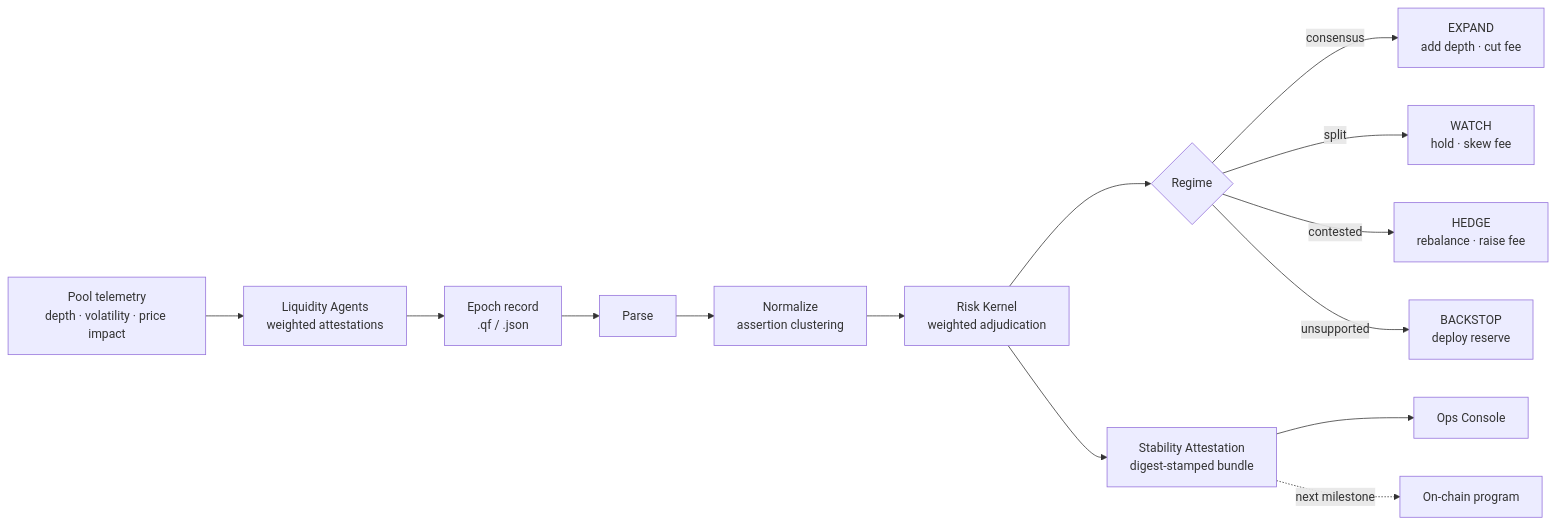
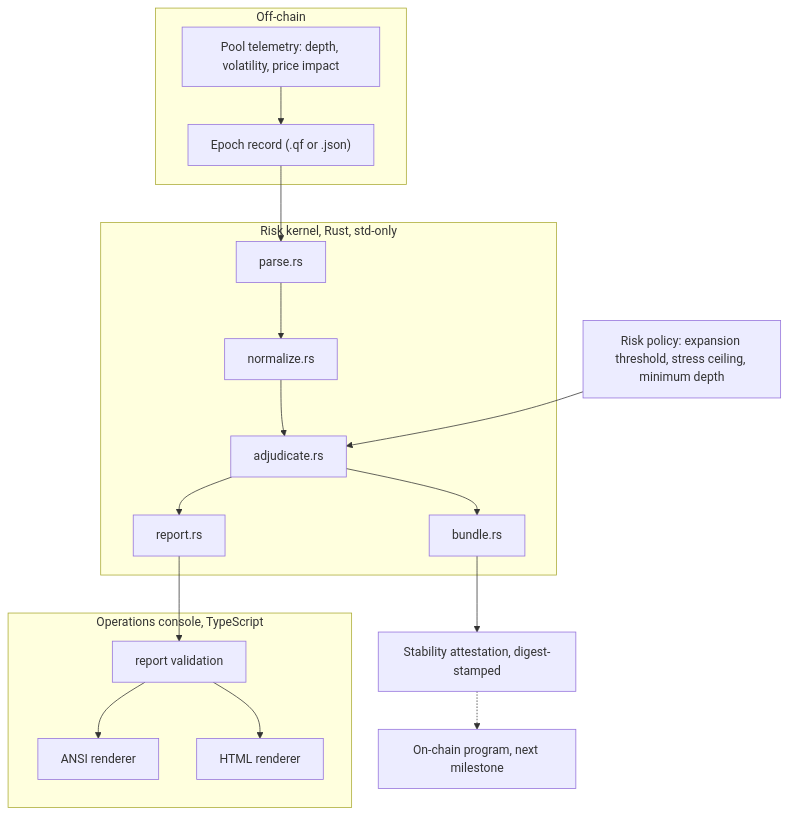
One commit to cioffivictor/solana-ssp-protocol changed the first of 7 diagrams in README.md. Above: the diagram before and after it, drawn with Mermaid. The commit also changed other lines of this file, not shown here.

````diff
--- a/README.md
+++ b/README.md
@@ -56,16 +65,30 @@
 ```mermaid
-flowchart LR
-    T["Pool telemetry<br/>depth · volatility · price impact"] --> A["Liquidity Agents<br/>weighted attestations"]
-    A --> E["Epoch record<br/>.qf / .json"]
-    E --> P["Parse"]
-    P --> N["Normalize<br/>assertion clustering"]
-    N --> K["Risk Kernel<br/>weighted adjudication"]
-    K --> R{"Regime"}
-    R -->|consensus| X["EXPAND<br/>add depth · cut fee"]
-    R -->|split| W["WATCH<br/>hold · skew fee"]
-    R -->|contested| H["HEDGE<br/>rebalance · raise fee"]
-    R -->|unsupported| B["BACKSTOP<br/>deploy reserve"]
-    K --> S["Stability Attestation<br/>digest-stamped bundle"]
-    S --> C["Ops Console"]
-    S -.->|next milestone| O["On-chain program"]
+flowchart TB
+    subgraph oc["Off-chain"]
+        TEL["Pool telemetry: depth, volatility, price impact"]
+        REC["Epoch record (.qf or .json)"]
+        TEL --> REC
+    end
+
+    subgraph kern["Risk kernel, Rust, std-only"]
+        PAR["parse.rs"] --> NRM["normalize.rs"]
+        NRM --> ADJ["adjudicate.rs"]
+        ADJ --> BND["bundle.rs"]
+        ADJ --> RPT["report.rs"]
+    end
+
+    subgraph con["Operations console, TypeScript"]
+        VAL["report validation"] --> RAN["ANSI renderer"]
+        VAL --> RHT["HTML renderer"]
+    end
+
+    POL["Risk policy: expansion threshold, stress ceiling, minimum depth"]
+    AT["Stability attestation, digest-stamped"]
+    CHAIN["On-chain program, next milestone"]
+
+    REC --> PAR
+    POL --> ADJ
+    BND --> AT
+    RPT --> VAL
+    AT -.-> CHAIN
 ```
````
